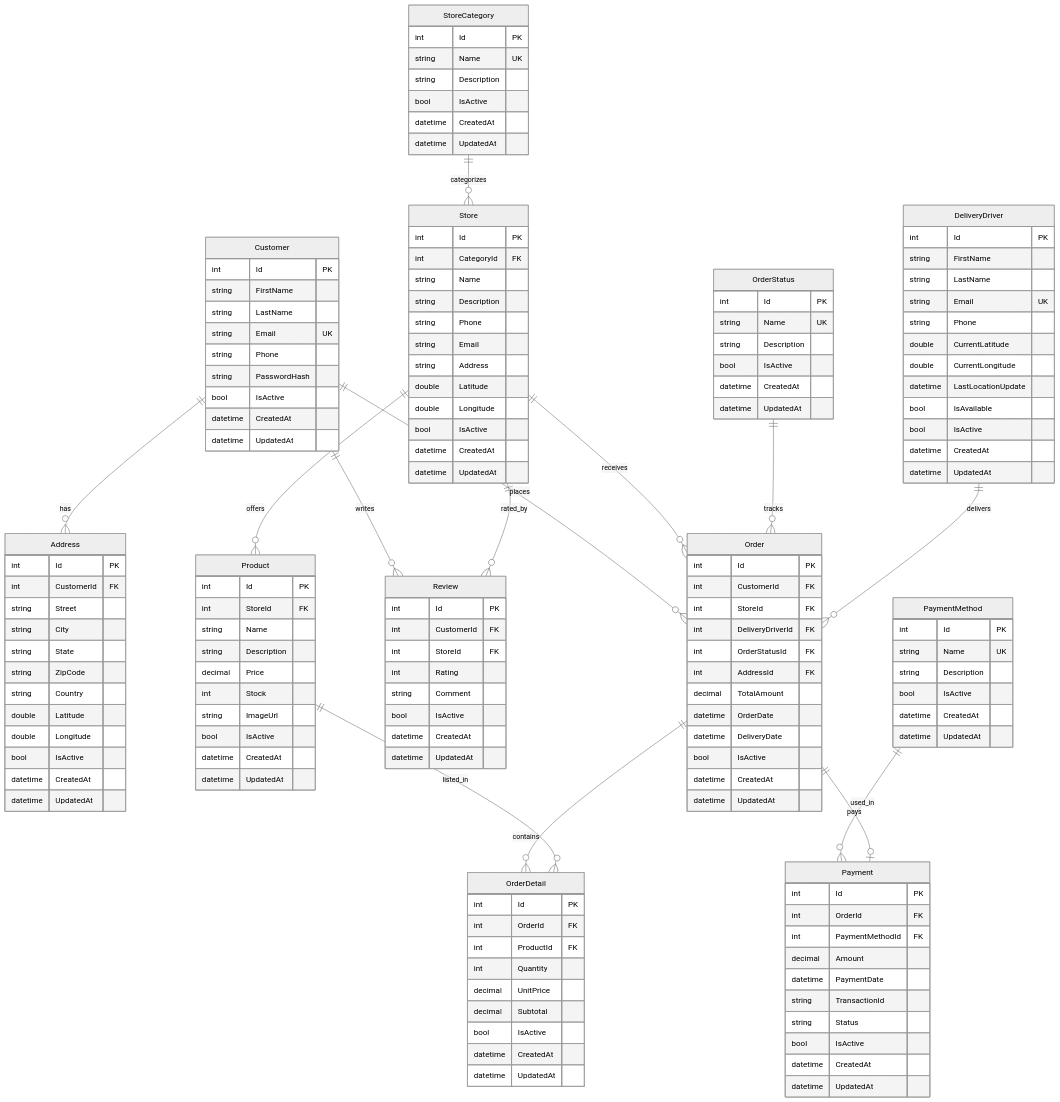
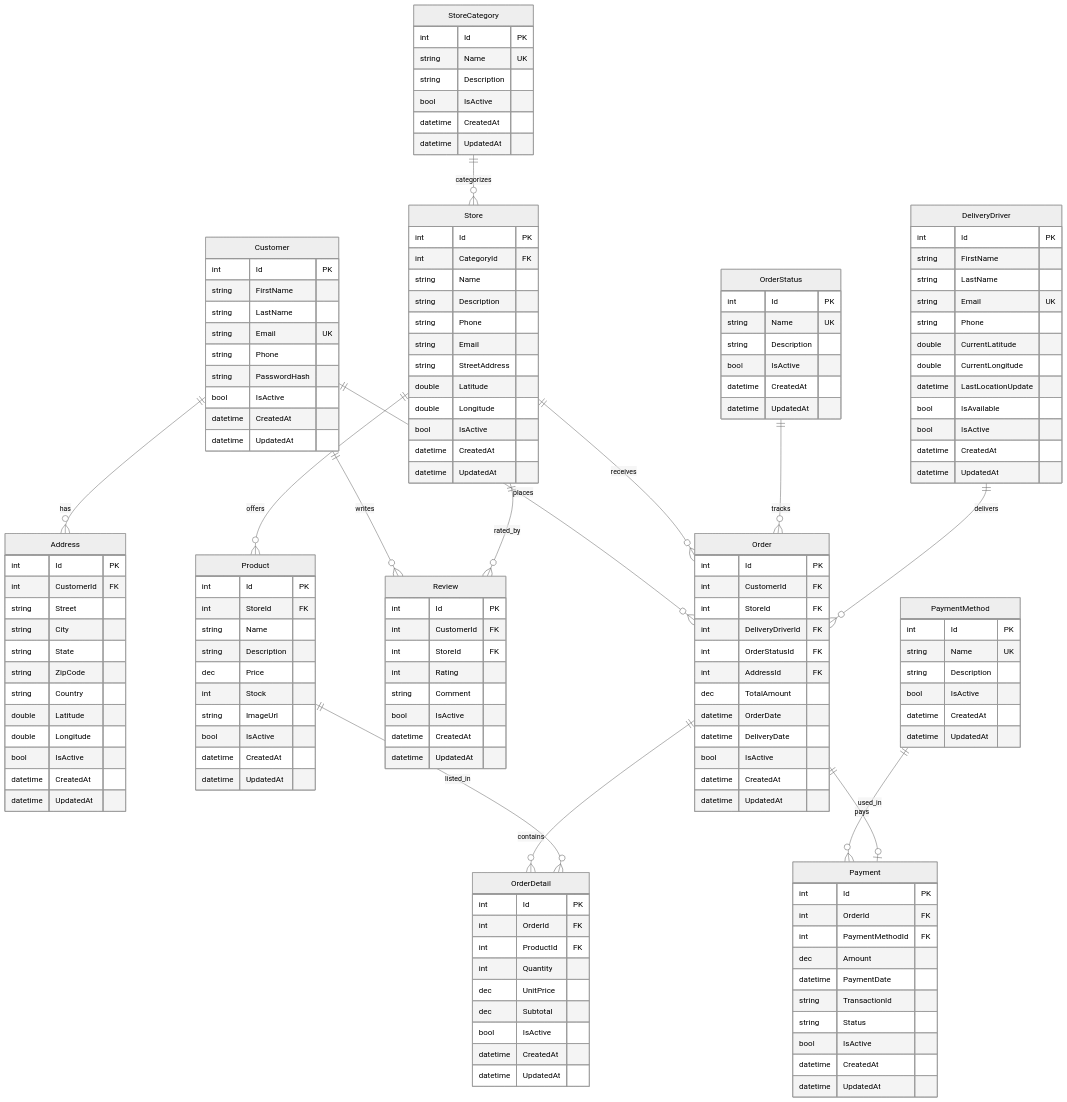
The diagram in README.md (jeffersonmejia/orbi-app), drawn with Mermaid (neutral theme) before and after one commit.

Commit message:
fix: rename fields conflicting with entity names in mermaid

```diff
--- a/README.md
+++ b/README.md
@@ -71,7 +71,7 @@
         string Description
         string Phone
         string Email
-        string Address
+        string StreetAddress
         double Latitude
         double Longitude
         bool IsActive
@@ -83,7 +83,7 @@
         int StoreId FK
         string Name
         string Description
-        decimal Price
+        dec Price
         int Stock
         string ImageUrl
         bool IsActive
@@ -97,7 +97,7 @@
         int DeliveryDriverId FK
         int OrderStatusId FK
         int AddressId FK
-        decimal TotalAmount
+        dec TotalAmount
         datetime OrderDate
         datetime DeliveryDate
         bool IsActive
@@ -109,8 +109,8 @@
         int OrderId FK
         int ProductId FK
         int Quantity
-        decimal UnitPrice
-        decimal Subtotal
+        dec UnitPrice
+        dec Subtotal
         bool IsActive
         datetime CreatedAt
         datetime UpdatedAt
@@ -149,7 +149,7 @@
         int Id PK
         int OrderId FK
         int PaymentMethodId FK
-        decimal Amount
+        dec Amount
         datetime PaymentDate
         string TransactionId
         string Status
```
